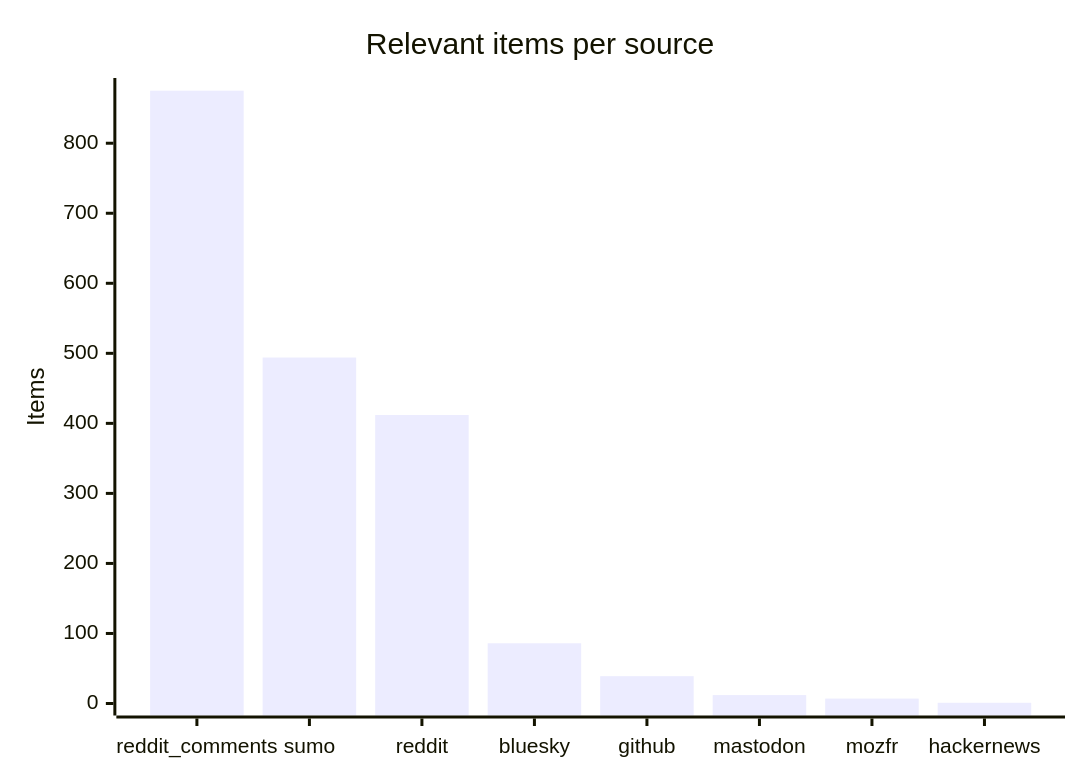
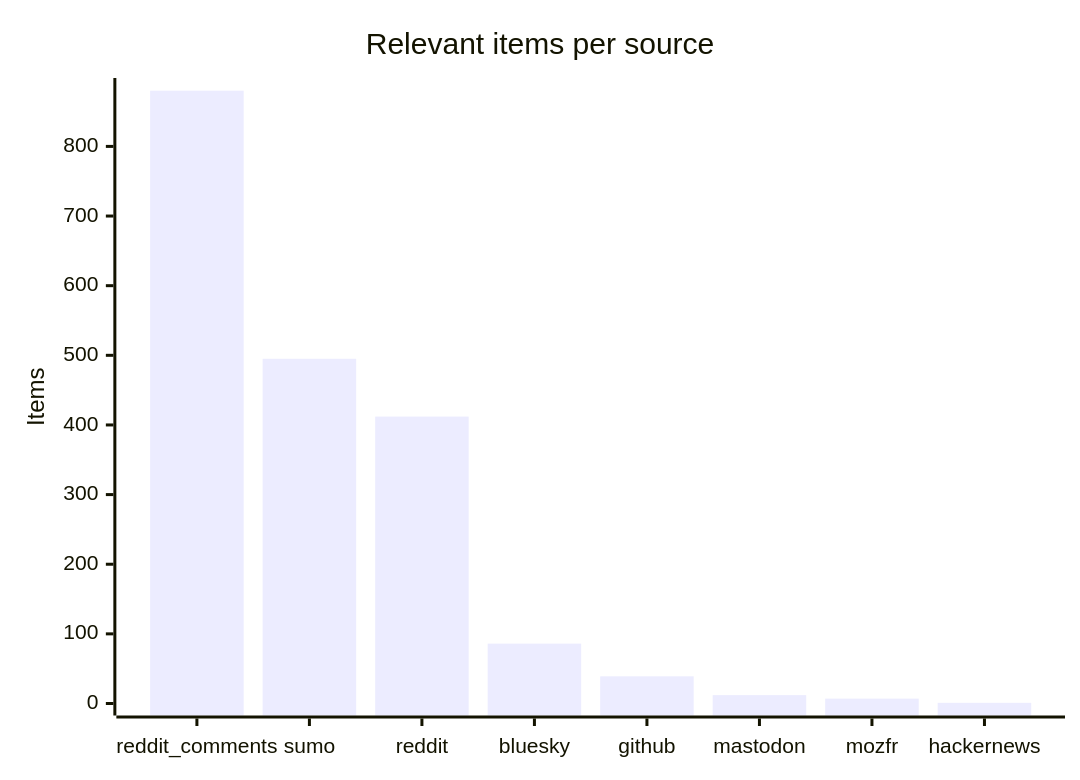
The third of 4 diagrams in README.md (martinbalfanz/social-scanner-reports), drawn with Mermaid before and after one commit. The commit also changed other lines of this file and 4 other files, not shown here.

````diff
--- a/README.md
+++ b/README.md
@@ -48,7 +48,7 @@
 ```mermaid
 xychart-beta
     title "Relevant items per source"
     x-axis ["reddit_comments", "sumo", "reddit", "bluesky", "github", "mastodon", "mozfr", "hackernews"]
-    y-axis "Items" 0 --> 876
-    bar [875, 494, 412, 86, 39, 12, 7, 1]
+    y-axis "Items" 0 --> 881
+    bar [880, 495, 412, 86, 39, 12, 7, 1]
 ```
````
